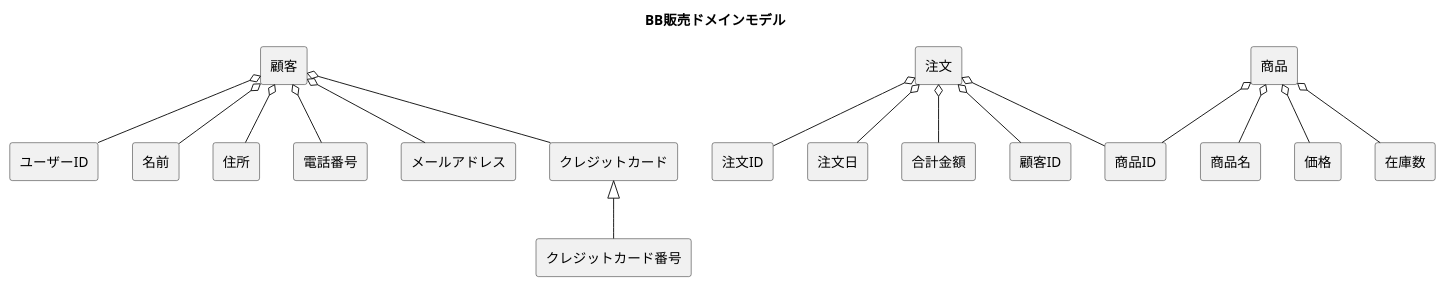
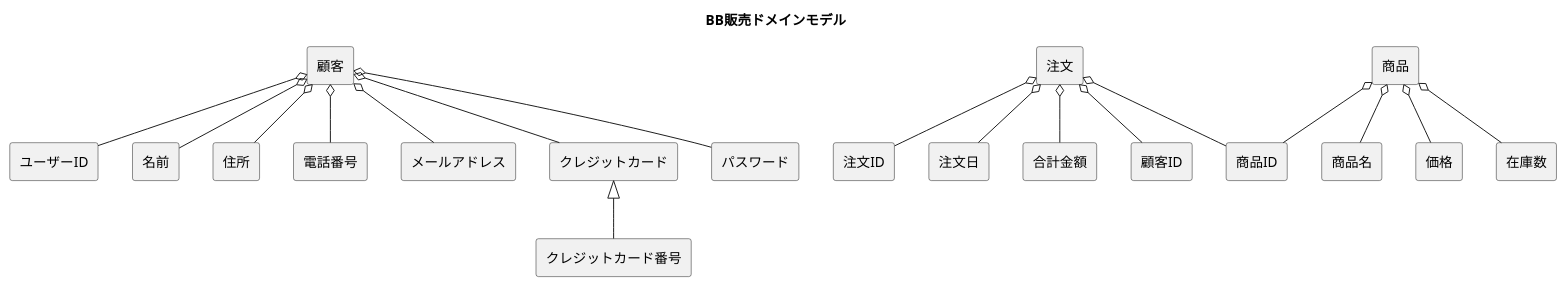
Before and after one commit to FujikawaHirono0520/group3_1_dogdog: the diagram in BB/domain.pu, drawn with PlantUML. The commit also changed 1 other file, not shown here.

```diff
--- a/BB/domain.pu
+++ b/BB/domain.pu
@@ -1,26 +1,27 @@
 @startuml
 
 title BB販売ドメインモデル
 skinparam componentStyle rectangle
 [顧客] o-- [ユーザーID]
 [顧客] o-- [名前]
 [顧客] o-- [住所]
 [顧客] o-- [電話番号]
 [顧客] o-- [メールアドレス]
 [顧客] o-- [クレジットカード]
+[顧客] o-- [パスワード]
 
 [クレジットカード]<|-- [クレジットカード番号]
 
 [注文] o-- [注文ID]
 [注文] o-- [注文日]
 [注文] o-- [合計金額]
 [注文] o-- [顧客ID]
 [注文] o-- [商品ID]
 
 [商品] o-- [商品ID]
 [商品] o-- [商品名]
 [商品] o-- [価格]
 [商品] o-- [在庫数]
 
 
 @enduml
```
